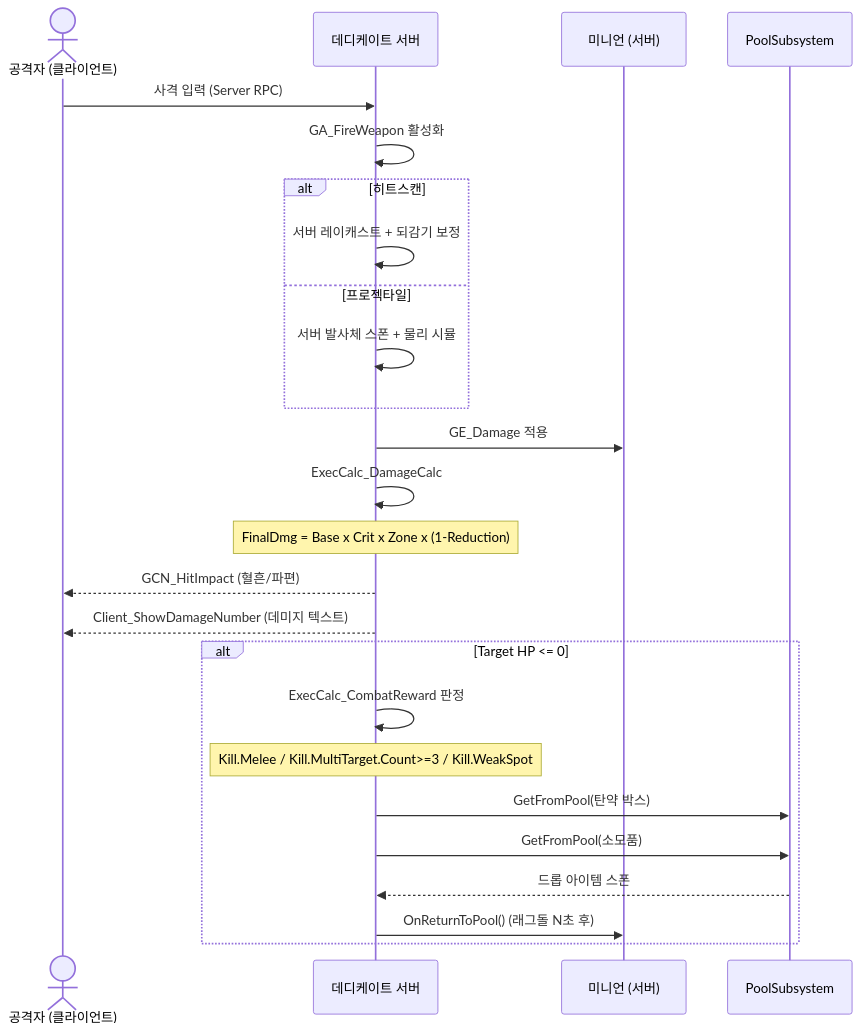
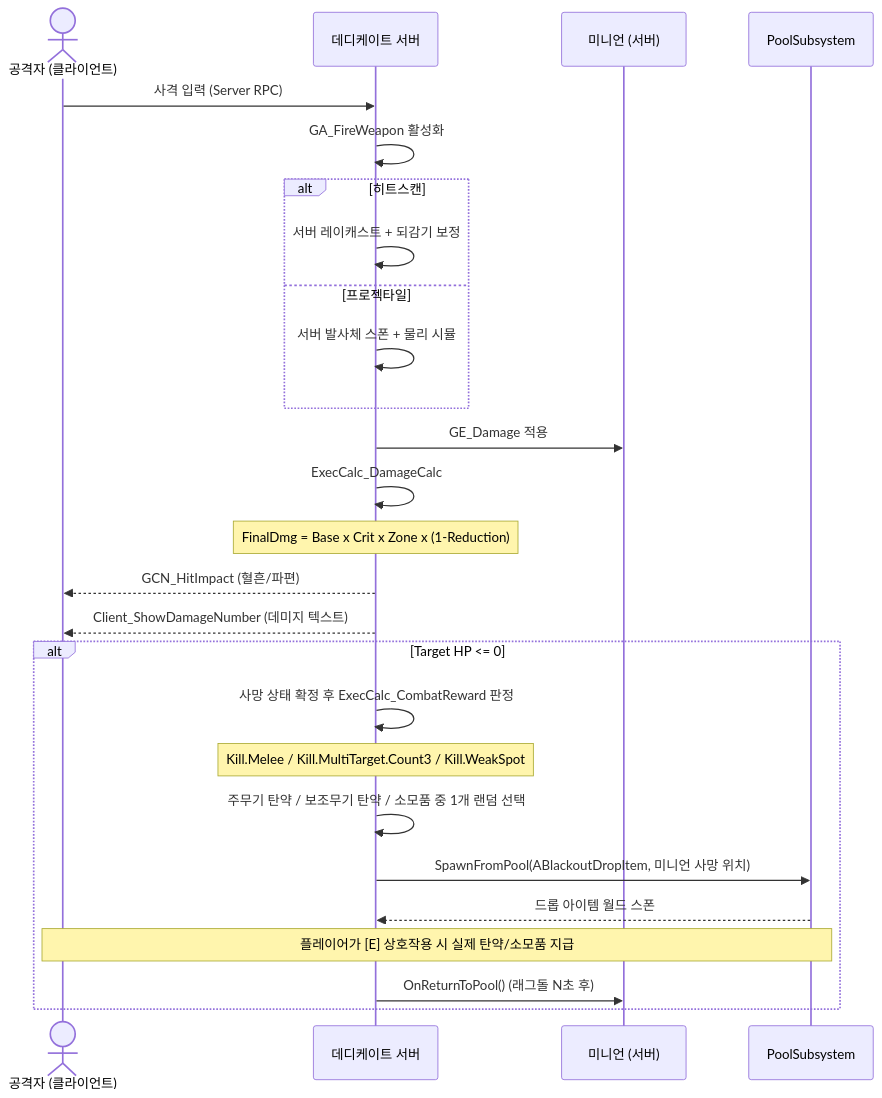
One commit to seongwon1579/ProjectBlackout changed the first of 14 diagrams in Docs/Project_Blackout_시퀀스다이어그램.md. Above: the diagram before and after it, drawn with Mermaid. The commit also changed other lines of this file and 6 other files, not shown here.

````diff
--- a/Docs/Project_Blackout_시퀀스다이어그램.md
+++ b/Docs/Project_Blackout_시퀀스다이어그램.md
@@ -11,34 +11,35 @@
 ```mermaid
 sequenceDiagram
     actor Attacker as 공격자 (클라이언트)
     participant Server as 데디케이트 서버
     participant Target as 미니언 (서버)
     participant Pool as PoolSubsystem
 
     Attacker->>Server: 사격 입력 (Server RPC)
     Server->>Server: GA_FireWeapon 활성화
 
     alt 히트스캔
         Server->>Server: 서버 레이캐스트 + 되감기 보정
     else 프로젝타일
         Server->>Server: 서버 발사체 스폰 + 물리 시뮬
     end
 
     Server->>Target: GE_Damage 적용
     Server->>Server: ExecCalc_DamageCalc
     Note over Server: FinalDmg = Base x Crit x Zone x (1-Reduction)
 
     Server-->>Attacker: GCN_HitImpact (혈흔/파편)
     Server-->>Attacker: Client_ShowDamageNumber (데미지 텍스트)
 
     alt Target HP <= 0
-        Server->>Server: ExecCalc_CombatReward 판정
-        Note over Server: Kill.Melee / Kill.MultiTarget.Count>=3 / Kill.WeakSpot
+        Server->>Server: 사망 상태 확정 후 ExecCalc_CombatReward 판정
+        Note over Server: Kill.Melee / Kill.MultiTarget.Count3 / Kill.WeakSpot
 
-        Server->>Pool: GetFromPool(탄약 박스)
-        Server->>Pool: GetFromPool(소모품)
-        Pool-->>Server: 드롭 아이템 스폰
+        Server->>Server: 주무기 탄약 / 보조무기 탄약 / 소모품 중 1개 랜덤 선택
+        Server->>Pool: SpawnFromPool(ABlackoutDropItem, 미니언 사망 위치)
+        Pool-->>Server: 드롭 아이템 월드 스폰
+        Note over Attacker,Pool: 플레이어가 [E] 상호작용 시 실제 탄약/소모품 지급
 
         Server->>Target: OnReturnToPool() (래그돌 N초 후)
     end
 ```
````
